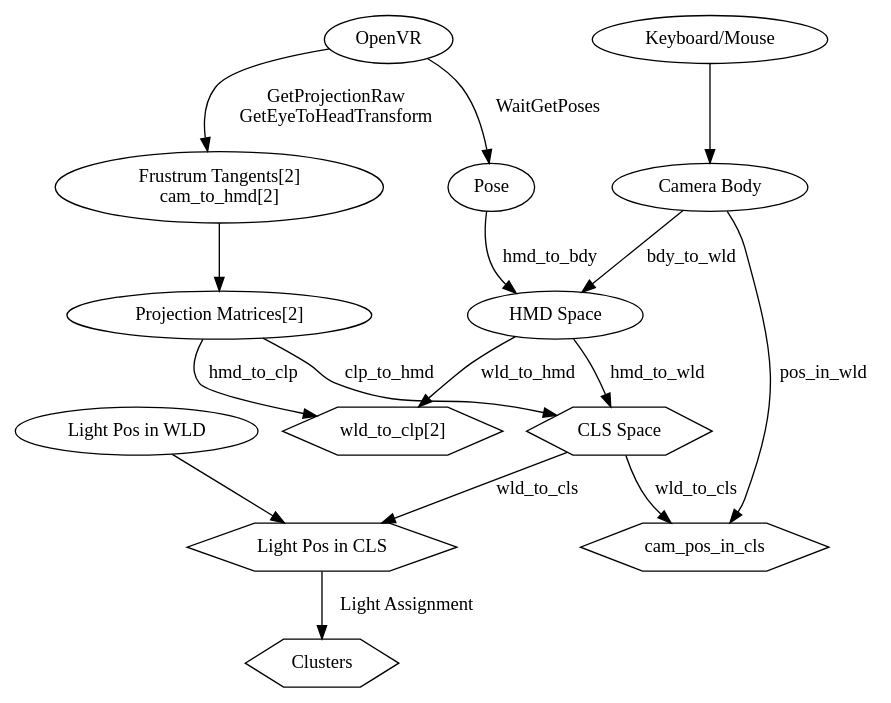
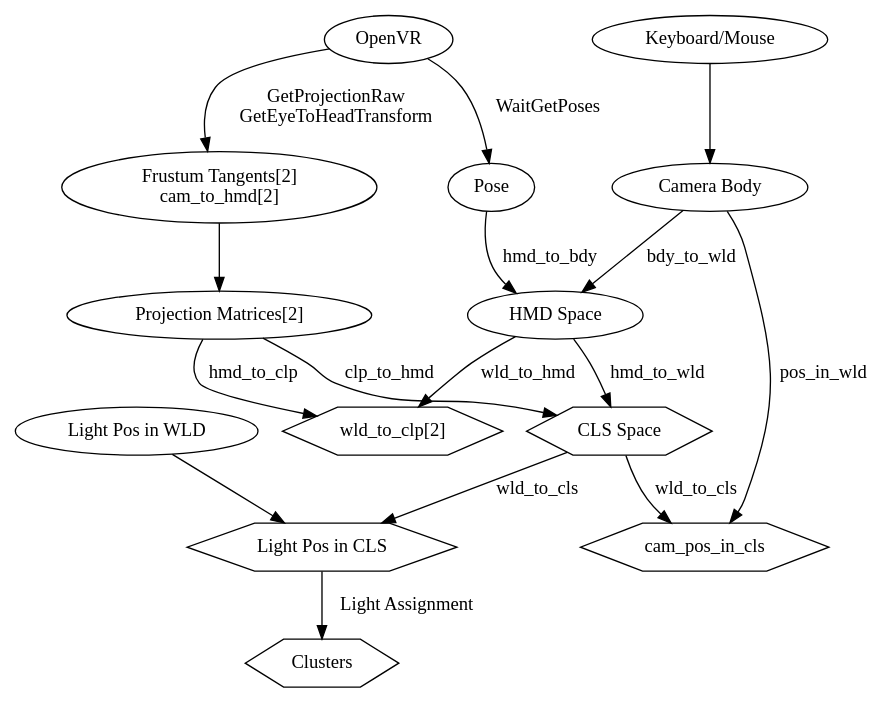
Before and after one commit to mickvangelderen/clustered-light-shading: the diagram in design/pipeline.dot, drawn with Graphviz.

Commit message:
s/frustrum/frustum

```diff
--- a/design/pipeline.dot
+++ b/design/pipeline.dot
@@ -1,58 +1,58 @@
 digraph pipeline {
   cls_space [shape = "hexagon" label = "CLS Space"];
   lgt_pos_in_wld [label = "Light Pos in WLD"];
   lgt_pos_in_cls [shape = "hexagon" label = "Light Pos in CLS"];
   camera0 [label = "Camera Body"];
   hmd_space [label = "HMD Space"];
   pose [label = "Pose"];
-  tan_mat [label = "Frustrum Tangents[2]\ncam_to_hmd[2]"];
+  tan_mat [label = "Frustum Tangents[2]\ncam_to_hmd[2]"];
   cam_to_clp [label = "Projection Matrices[2]"];
   clusters [shape = "hexagon" label = "Clusters"];
   vr [label = "OpenVR"];
   di [label = "Keyboard/Mouse"];
 
   // fb_dim [label = "Framebuffer Dimensions"];
   // vr -> fb_dim [label = "GetRecommendedRenderTargetSize"];
 
   vr -> pose [label = "WaitGetPoses"];
   vr -> tan_mat [label = "GetProjectionRaw\nGetEyeToHeadTransform"];
 
   // { rank = same;
   //   cam_to_clp camera_par}
 
   di -> camera0;
 
   tan_mat -> cam_to_clp;
   // camera_par [label = "Camera Parameters"];
   // camera_par -> cam_to_clp [label = "z_near\nz_far"];
 
   pose -> hmd_space [label="hmd_to_bdy"];
   camera0 -> hmd_space [label="bdy_to_wld"];
 
   hmd_space -> cls_space [label = "hmd_to_wld"];
   cam_to_clp -> cls_space [label = "clp_to_hmd"];
 
   wld_to_clp[shape = "hexagon" label = "wld_to_clp[2]"];
   hmd_space -> wld_to_clp [label = "wld_to_hmd"];
   cam_to_clp -> wld_to_clp [label = "hmd_to_clp"];
 
   cam_pos_in_cls[shape = "hexagon"];
   camera0 -> cam_pos_in_cls [label = "pos_in_wld"];
   cls_space -> cam_pos_in_cls [label = "wld_to_cls"];
 
   // Compute light positions in CLS_SPACE.
   lgt_pos_in_wld -> lgt_pos_in_cls;
   cls_space -> lgt_pos_in_cls [label = "wld_to_cls"];
 
   lgt_pos_in_cls -> clusters [label = "Light Assignment"];
 
   // obj_to_wld
   // wld_to_clp
   // wld_to_lgt
 
   // frag_pos_in_clp
   // frag_pos_in_tex
   // frag_pos_in_lgt
   // frag_nor_in_lgt
   // frag_tan_in_lgt
 }
```
